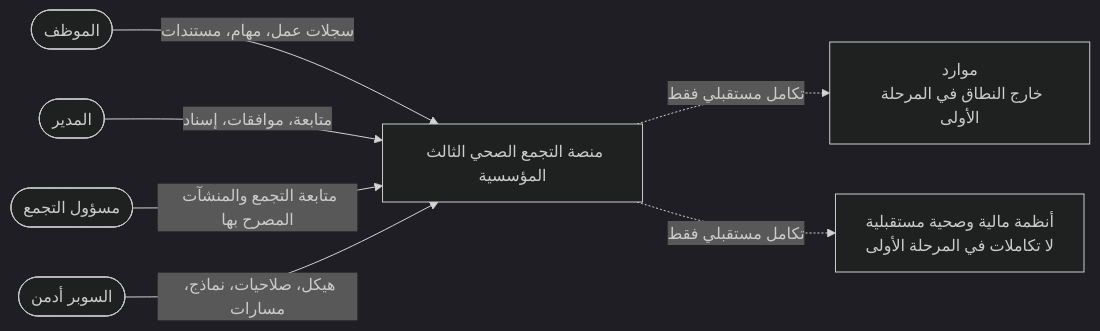
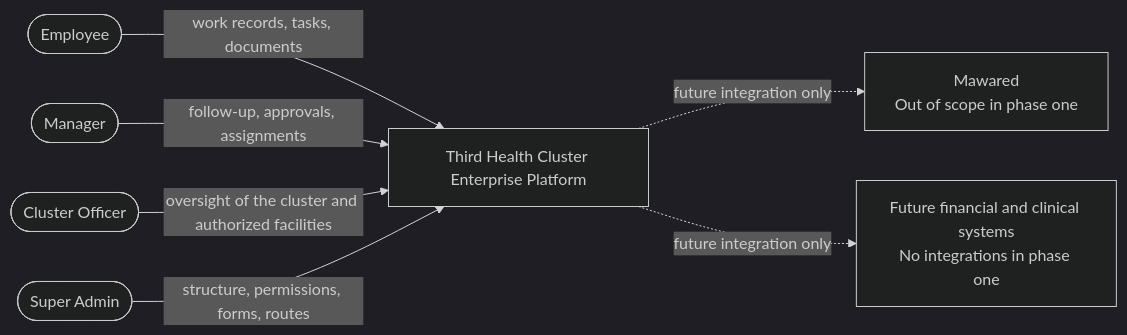
Before and after one commit to tariiq222/cluster: the diagram in docs/architecture/diagrams/system-context.mmd, drawn with Mermaid (dark theme). The commit also changed 129 other files, not shown here.

```diff
--- a/docs/architecture/diagrams/system-context.mmd
+++ b/docs/architecture/diagrams/system-context.mmd
@@ -1,18 +1,18 @@
 flowchart LR
-    EMP(["الموظف"])
-    MAN(["المدير"])
-    CLU(["مسؤول التجمع"])
-    ADM(["السوبر أدمن"])
+    EMP(["Employee"])
+    MAN(["Manager"])
+    CLU(["Cluster Officer"])
+    ADM(["Super Admin"])
 
-    PLATFORM["منصة التجمع الصحي الثالث المؤسسية"]
+    PLATFORM["Third Health Cluster Enterprise Platform"]
 
-    MAWARED["موارد<br/>خارج النطاق في المرحلة الأولى"]
-    FUTURE["أنظمة مالية وصحية مستقبلية<br/>لا تكاملات في المرحلة الأولى"]
+    MAWARED["Mawared<br/>Out of scope in phase one"]
+    FUTURE["Future financial and clinical systems<br/>No integrations in phase one"]
 
-    EMP -->|"سجلات عمل، مهام، مستندات"| PLATFORM
-    MAN -->|"متابعة، موافقات، إسناد"| PLATFORM
-    CLU -->|"متابعة التجمع والمنشآت المصرح بها"| PLATFORM
-    ADM -->|"هيكل، صلاحيات، نماذج، مسارات"| PLATFORM
+    EMP -->|"work records, tasks, documents"| PLATFORM
+    MAN -->|"follow-up, approvals, assignments"| PLATFORM
+    CLU -->|"oversight of the cluster and authorized facilities"| PLATFORM
+    ADM -->|"structure, permissions, forms, routes"| PLATFORM
 
-    PLATFORM -.->|"تكامل مستقبلي فقط"| MAWARED
-    PLATFORM -.->|"تكامل مستقبلي فقط"| FUTURE
+    PLATFORM -.->|"future integration only"| MAWARED
+    PLATFORM -.->|"future integration only"| FUTURE
```
